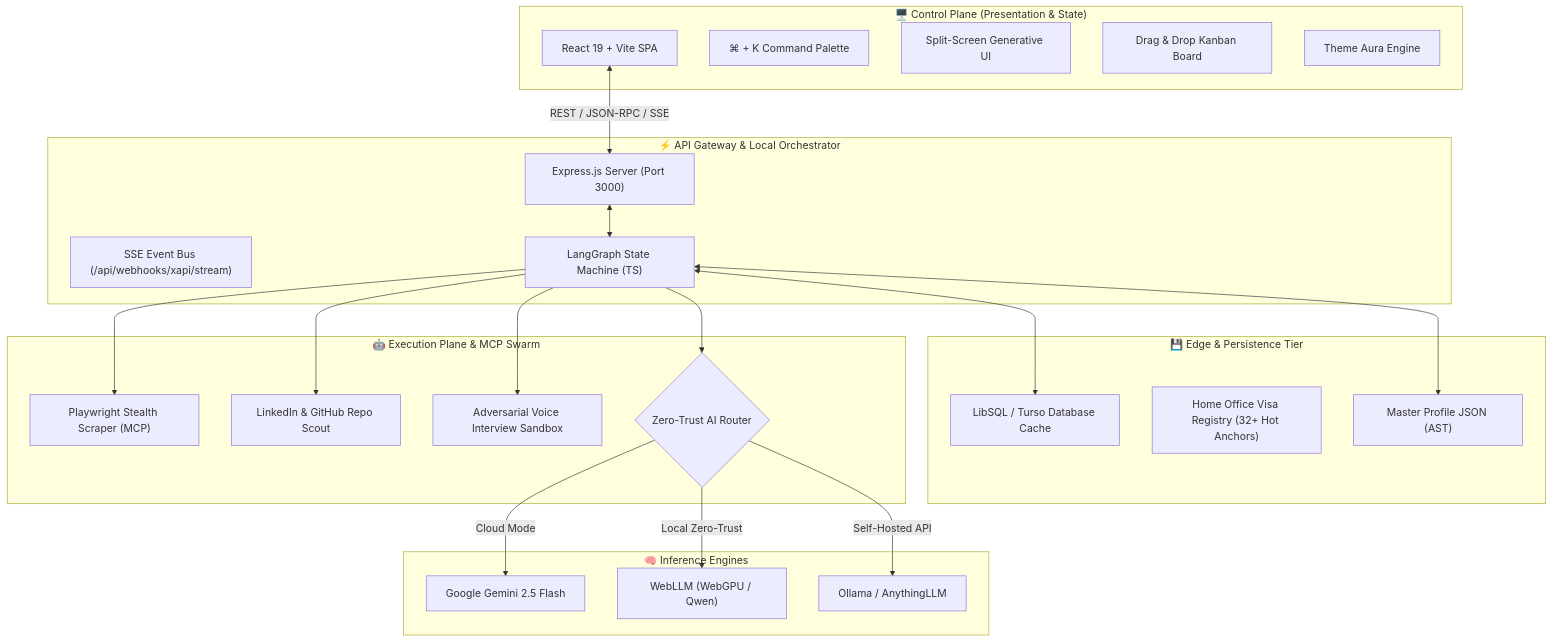
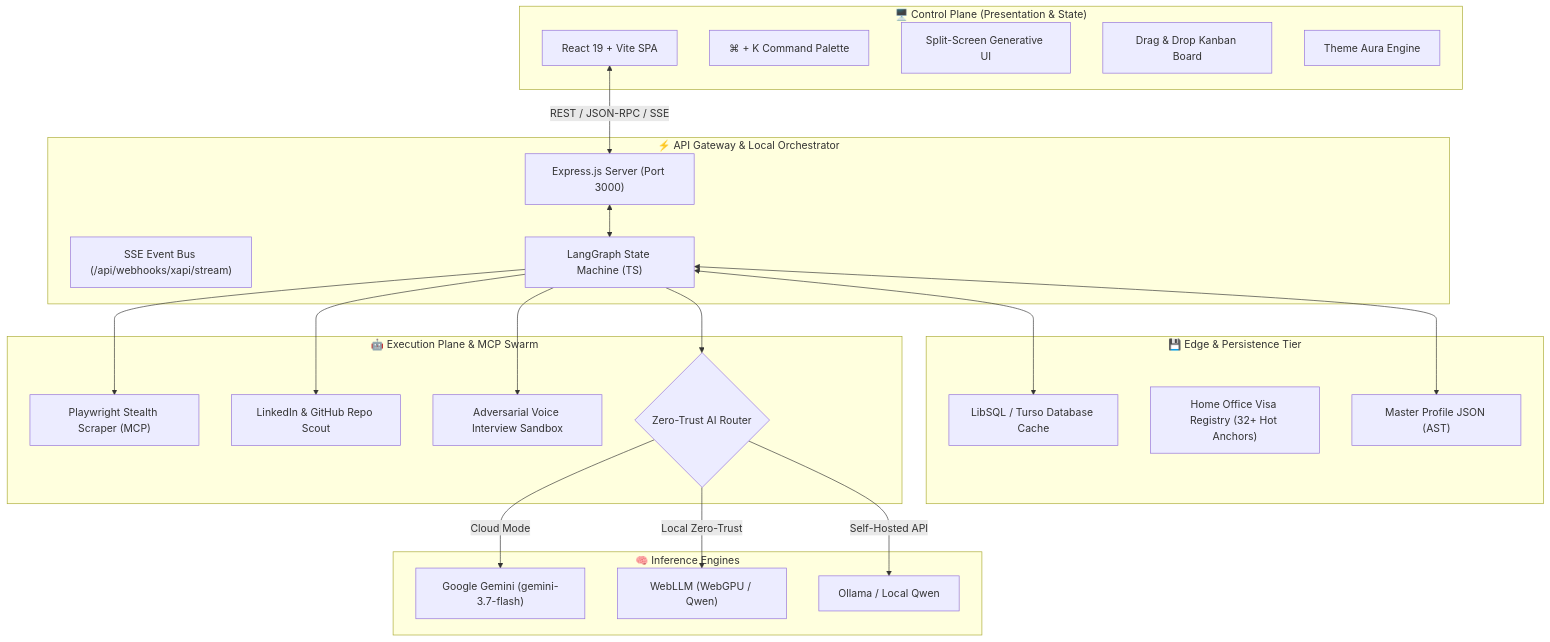
Before and after one commit to moaidmoatasem/cherenkov-nexus: the diagram in README.md, drawn with Mermaid. The commit also changed other lines of this file and 14 other files, not shown here.

````diff
--- a/README.md
+++ b/README.md
@@ -45,47 +45,47 @@
 ```mermaid
 graph TB
     subgraph UI_Layer ["🖥️ Control Plane (Presentation & State)"]
         ReactApp["React 19 + Vite SPA"]
         CmdK["⌘ + K Command Palette"]
         SplitScreen["Split-Screen Generative UI"]
         Kanban["Drag & Drop Kanban Board"]
         Aura["Theme Aura Engine"]
     end
 
     subgraph Gateway_Layer ["⚡ API Gateway & Local Orchestrator"]
         Express["Express.js Server (Port 3000)"]
         SSEStream["SSE Event Bus (/api/webhooks/xapi/stream)"]
         LangGraph["LangGraph State Machine (TS)"]
     end
 
     subgraph Data_Layer ["💾 Edge & Persistence Tier"]
         LibSQL["LibSQL / Turso Database Cache"]
         SponsorsDB["Home Office Visa Registry (32+ Hot Anchors)"]
         MasterProfile["Master Profile JSON (AST)"]
     end
 
     subgraph Execution_Layer ["🤖 Execution Plane & MCP Swarm"]
         PlaywrightMCP["Playwright Stealth Scraper (MCP)"]
         LinkedInScout["LinkedIn & GitHub Repo Scout"]
         AudioInterview["Adversarial Voice Interview Sandbox"]
         InferenceRouter{"Zero-Trust AI Router"}
     end
 
     subgraph AI_Engines ["🧠 Inference Engines"]
-        GeminiCloud["Google Gemini 2.5 Flash"]
+        GeminiCloud["Google Gemini (gemini-3.7-flash)"]
         LocalWebLLM["WebLLM (WebGPU / Qwen)"]
-        LocalOllama["Ollama / AnythingLLM"]
+        LocalOllama["Ollama / Local Qwen"]
     end
 
     ReactApp <-->|"REST / JSON-RPC / SSE"| Express
     Express <--> LangGraph
     LangGraph <--> LibSQL
     LangGraph <--> MasterProfile
     LangGraph --> PlaywrightMCP
     LangGraph --> LinkedInScout
     LangGraph --> AudioInterview
     LangGraph --> InferenceRouter
     InferenceRouter -->|"Cloud Mode"| GeminiCloud
     InferenceRouter -->|"Local Zero-Trust"| LocalWebLLM
     InferenceRouter -->|"Self-Hosted API"| LocalOllama
 ```
````
